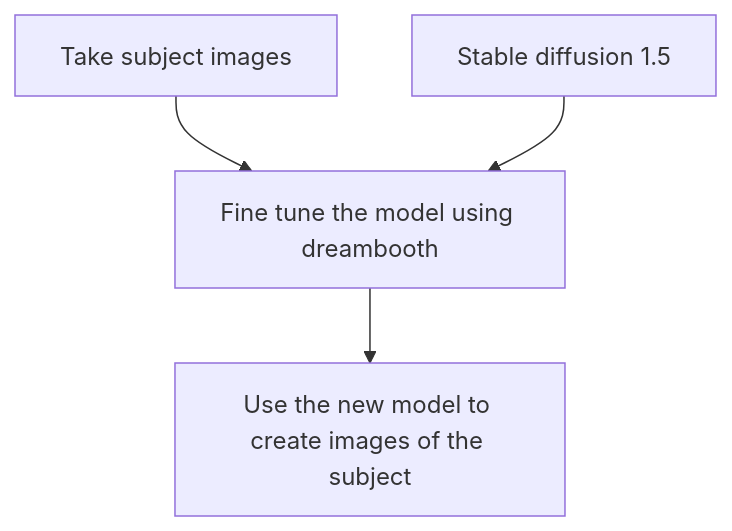
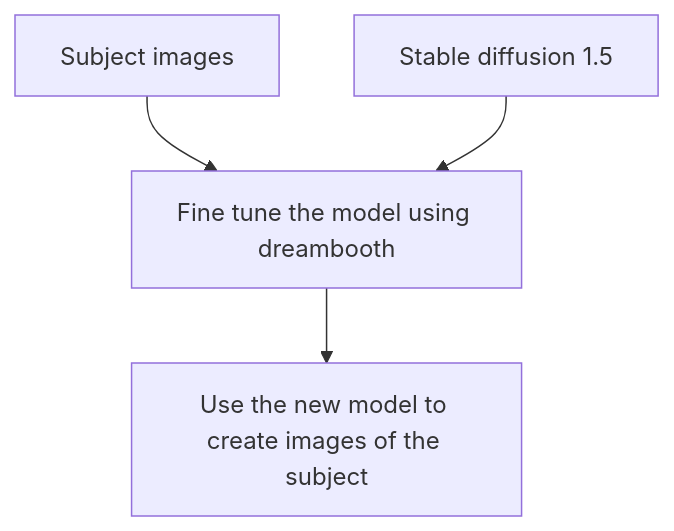
One commit to csia-pme/dreambooth-demo changed the first of 2 diagrams in README.md. Above: the diagram before and after it, drawn with Mermaid. The commit also changed other lines of this file and 2 other files, not shown here.

````diff
--- a/README.md
+++ b/README.md
@@ -18,6 +18,6 @@
 ```mermaid
 graph TD
-A[Take subject images] --> B[Fine tune the model using dreambooth]
+A[Subject images] --> B[Fine tune the model using dreambooth]
 A2[Stable diffusion 1.5] --> B
 B --> C[Use the new model to create images of the subject]
 ```
````
